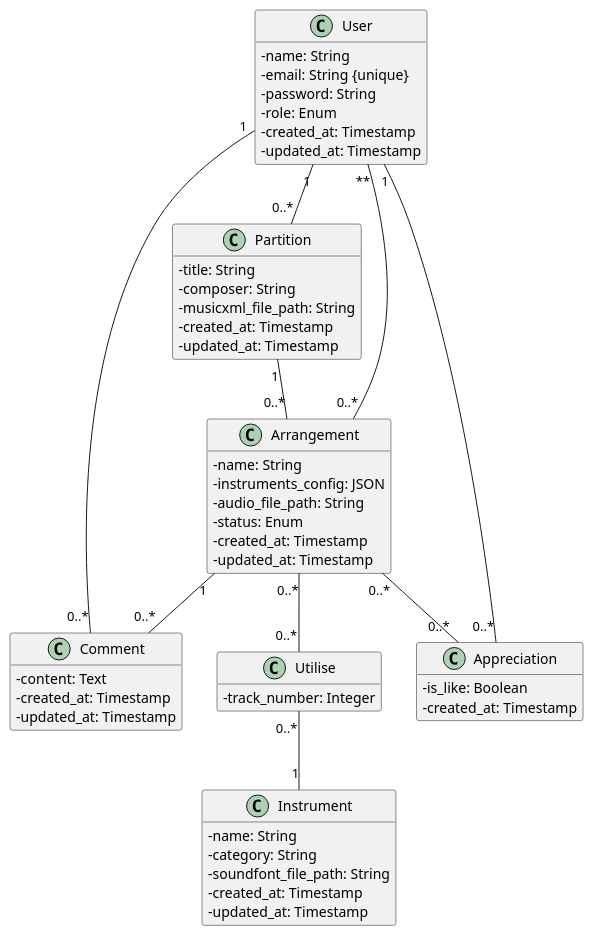
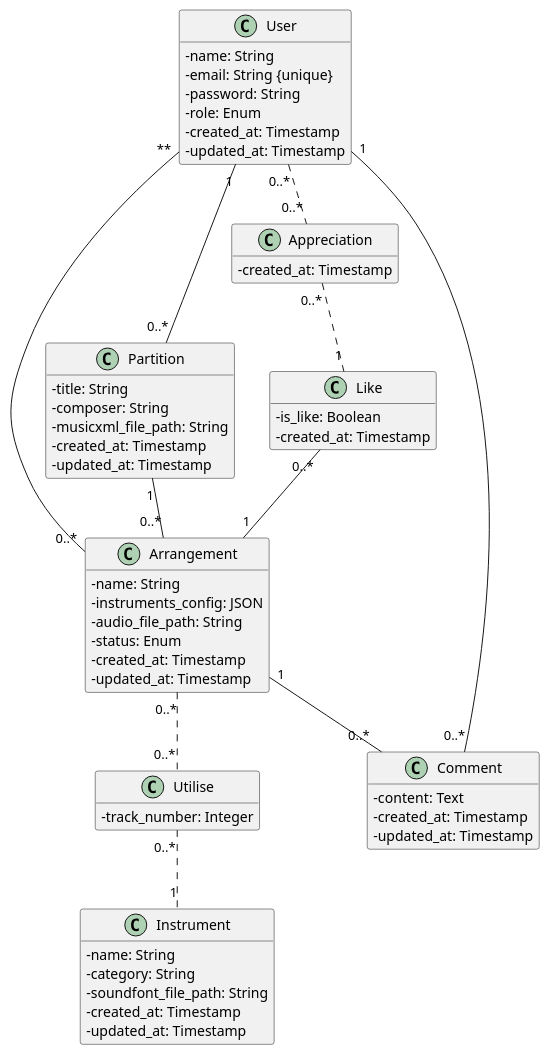
The first of 2 diagrams in README.md (OretrO/Len-Synphonie), drawn with PlantUML before and after one commit. The commit also changed other lines of this file, not shown here.

````diff
--- a/README.md
+++ b/README.md
@@ -62,66 +62,71 @@
 ```plantuml
 skinparam classAttributeIconSize 0
 hide empty members
 
 class User {
   - name: String
   - email: String {unique}
   - password: String
   - role: Enum
   - created_at: Timestamp
   - updated_at: Timestamp
 }
 
 class Partition {
   - title: String
   - composer: String
   - musicxml_file_path: String
   - created_at: Timestamp
   - updated_at: Timestamp
 }
 
 class Arrangement {
   - name: String
   - instruments_config: JSON
   - audio_file_path: String
   - status: Enum
   - created_at: Timestamp
   - updated_at: Timestamp
 }
 
 class Instrument {
   - name: String
   - category: String
   - soundfont_file_path: String
   - created_at: Timestamp
   - updated_at: Timestamp
 }
 
 class Comment {
   - content: Text
   - created_at: Timestamp
   - updated_at: Timestamp
 }
 
+class Like {
+  - is_like: Boolean
+  - created_at: Timestamp
+}
+
 class Utilise {
   - track_number: Integer
 }
 
 class Appreciation {
-  - is_like: Boolean
   - created_at: Timestamp
 }
 
 User "1" -- "0..*" Partition
 User "**" -- "0..*" Arrangement
 User "1" -- "0..*" Comment
-User "1" -- "0..*" Appreciation
 
 Partition "1" -- "0..*" Arrangement
 
 Arrangement "1" -- "0..*" Comment
-Arrangement "0..*" -- "0..*" Utilise
-Utilise "0..*" -- "1" Instrument
+Arrangement "0..*" .. "0..*" Utilise
+Utilise "0..*" .. "1" Instrument
 
-Arrangement "0..*" -- "0..*" Appreciation
+User "0..*" .. "0..*" Appreciation
+Appreciation "0..*" .. "1" Like
+Like "0..*" -- "1" Arrangement
 ```
````
